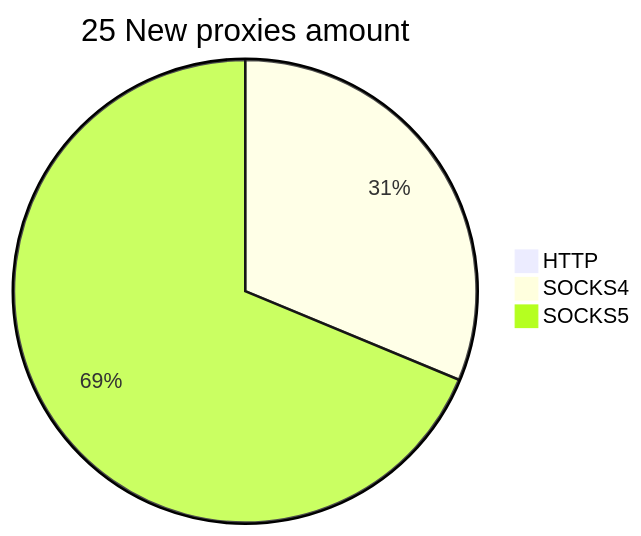
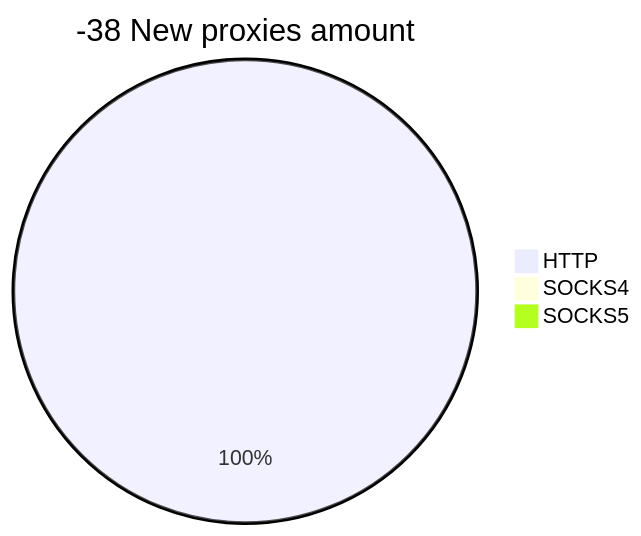
One commit to cutipu/proxylist changed the second of 2 diagrams in README.md. Above: the diagram before and after it, drawn with Mermaid. The commit also changed other lines of this file, not shown here.

````diff
--- a/README.md
+++ b/README.md
@@ -10,6 +10,6 @@
 ```mermaid
-pie title 25 New proxies amount
-    "HTTP" : 0
-    "SOCKS4" : 10
-    "SOCKS5" : 22
+pie title -38 New proxies amount
+    "HTTP" : 6
+    "SOCKS4" : 0
+    "SOCKS5" : 0
 ```
````
